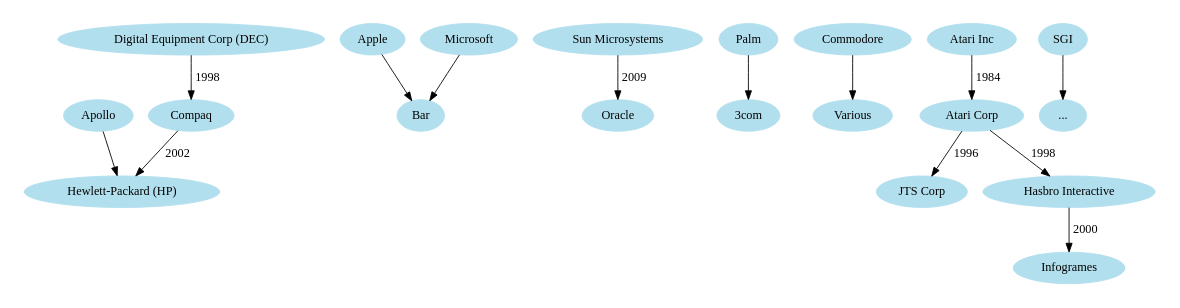
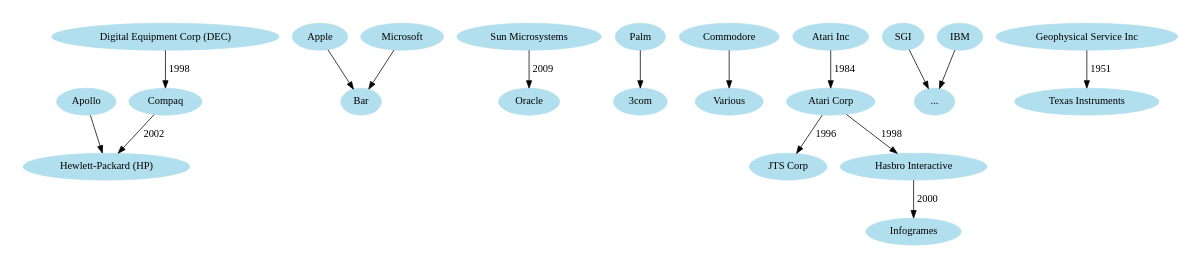
One commit to codejake/tech-companies-family-tree changed the diagram in tech-companies.dot. Above: the diagram before and after it, drawn with Graphviz. The commit also changed 1 other file, not shown here.

```diff
--- a/tech-companies.dot
+++ b/tech-companies.dot
@@ -1,18 +1,20 @@
 digraph techcompanies {
     size="6,6";
     node [color=lightblue2, style=filled];
     "Apollo" -> "Hewlett-Packard (HP)"; /* Founded 1980, Acquired 1989 */
     "Digital Equipment Corp (DEC)" -> "Compaq" [label="1998"];
     "Compaq" -> "Hewlett-Packard (HP)" [label="2002"];
     "Apple" -> "Bar";
     "Microsoft" -> "Bar";
     "Sun Microsystems" -> "Oracle" [label="2009"];
     "Palm" -> "3com";
     "Commodore" -> "Various";
     "Atari Inc" -> "Atari Corp" [label="1984"];
     "Atari Corp" -> "JTS Corp" [label="1996"];
     "Atari Corp" -> "Hasbro Interactive" [label="1998"];
     "Hasbro Interactive" -> "Infogrames" [label="2000"];
     "SGI" -> "...";
+    "IBM" -> "...";
+    "Geophysical Service Inc" -> "Texas Instruments" [label="1951"]
 
 }
```
